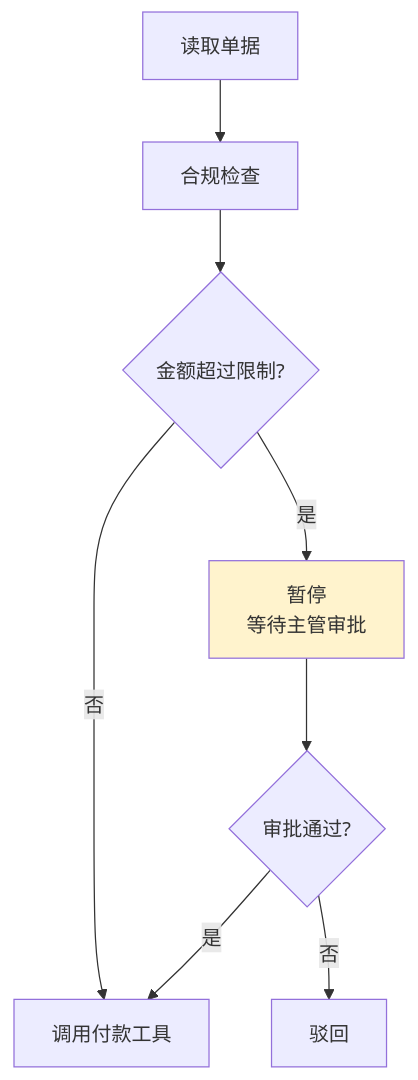
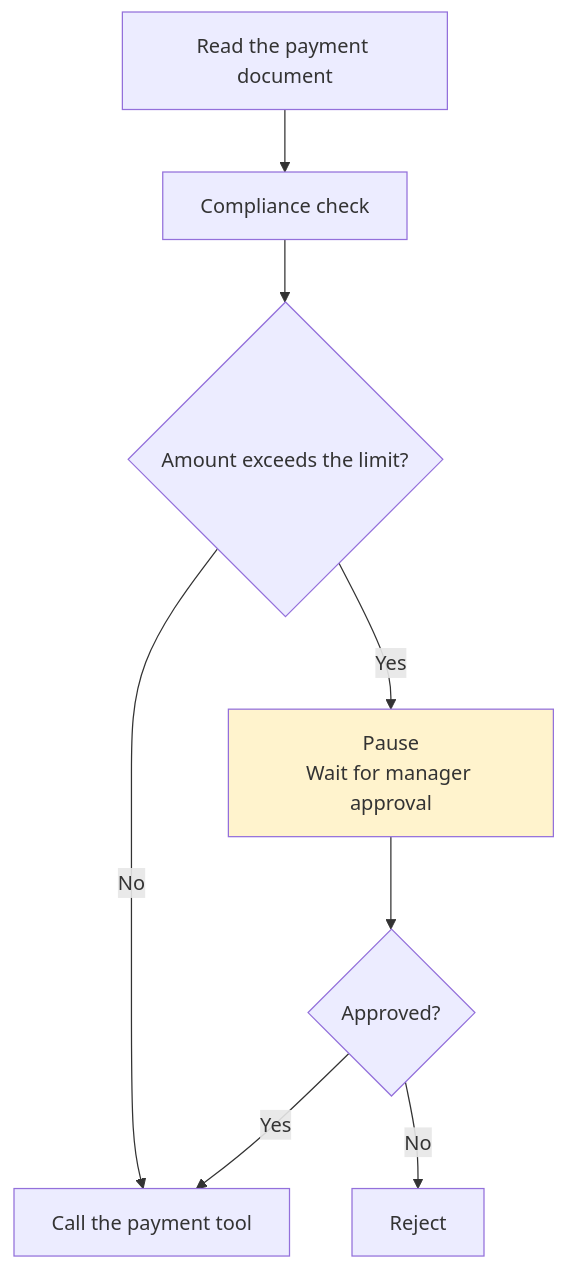
The first of 4 diagrams in docs/frameworks/01-langchain/01-foundations/01-agent-frameworks.md (oneleaveknowsthefall/awesome-ai-roadmap), drawn with Mermaid before and after one commit. The commit also changed other lines of this file and 70 other files, not shown here.

````diff
--- a/docs/frameworks/01-langchain/01-foundations/01-agent-frameworks.md
+++ b/docs/frameworks/01-langchain/01-foundations/01-agent-frameworks.md
@@ -52,12 +52,12 @@
 ```mermaid
 flowchart TB
-    A["读取单据"] --> B["合规检查"]
-    B --> C{"金额超过限制?"}
-    C -->|是| D["暂停<br/>等待主管审批"]
-    D --> E{"审批通过?"}
-    E -->|是| F["调用付款工具"]
-    E -->|否| G["驳回"]
-    C -->|否| F
+    A["Read the payment document"] --> B["Compliance check"]
+    B --> C{"Amount exceeds the limit?"}
+    C -->|Yes| D["Pause<br/>Wait for manager approval"]
+    D --> E{"Approved?"}
+    E -->|Yes| F["Call the payment tool"]
+    E -->|No| G["Reject"]
+    C -->|No| F
 
     style D fill:#fff3cd
 ```
````
